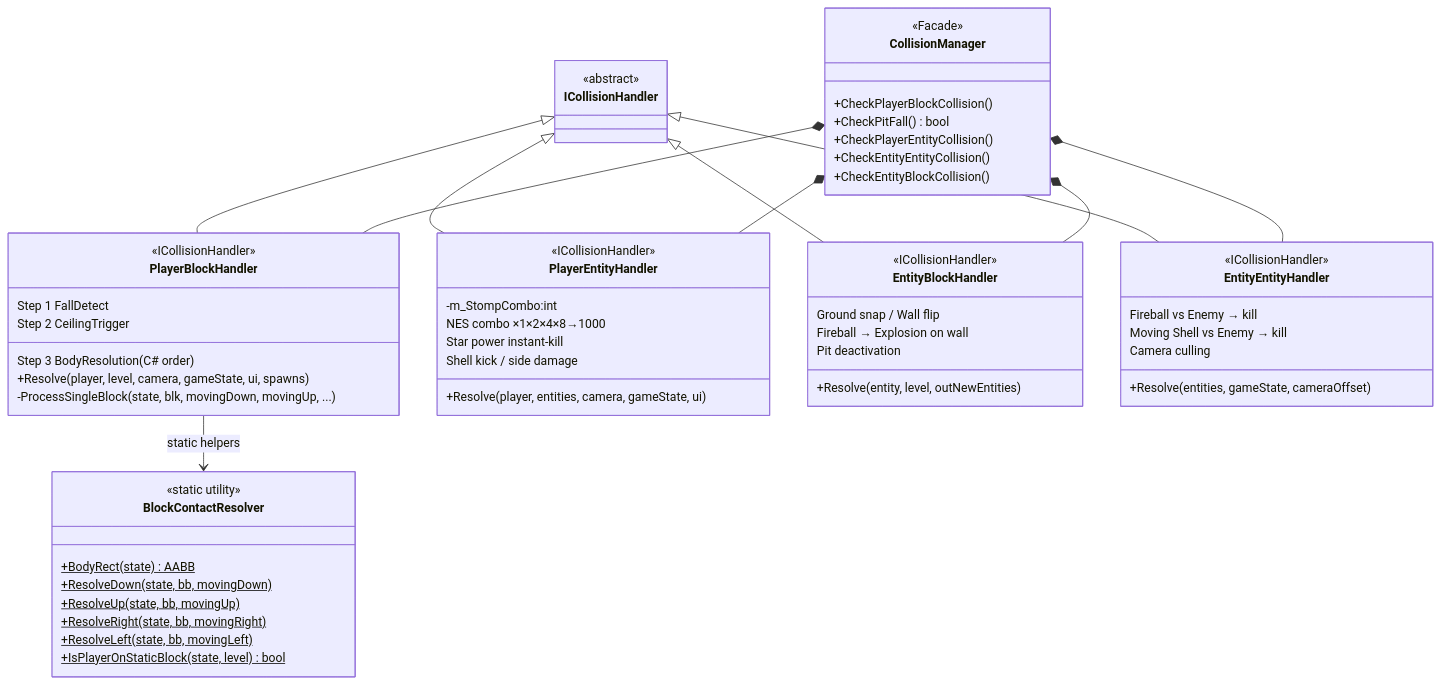
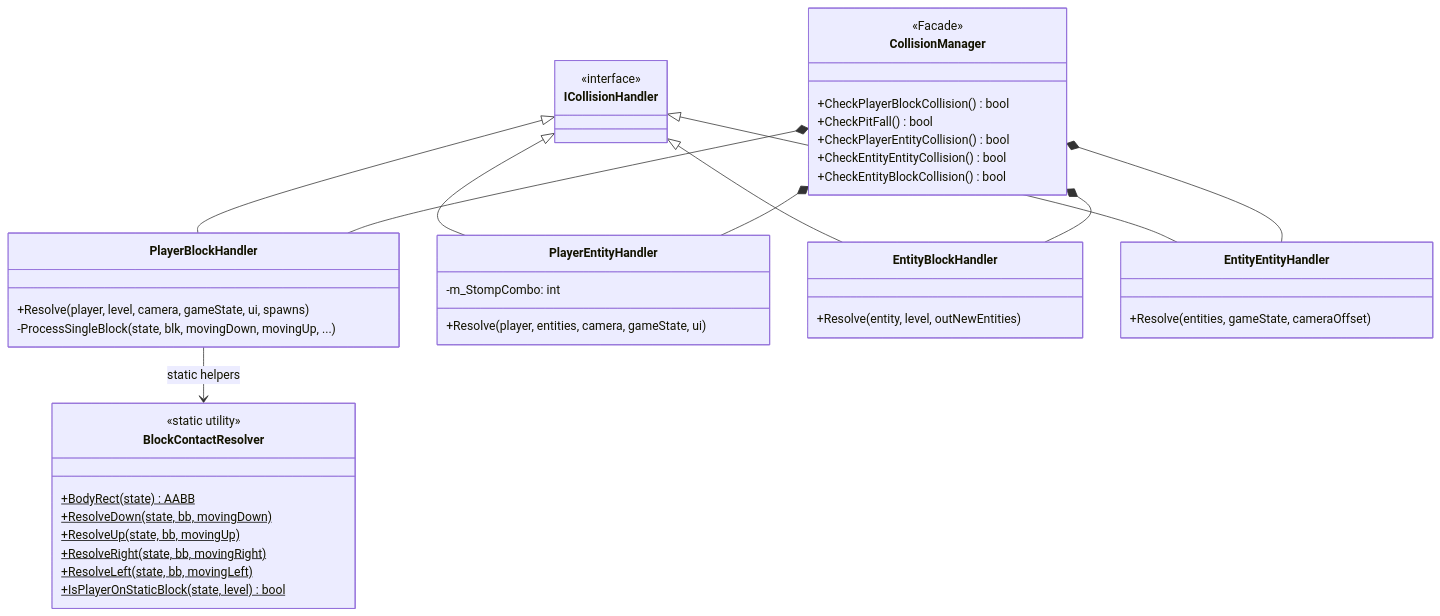
Before and after one commit to Andy87877/NTUT_OOPL_mario: the fifth of 23 diagrams in Constructure.md, drawn with Mermaid. The commit also changed other lines of this file, not shown here.

````diff
--- a/Constructure.md
+++ b/Constructure.md
@@ -395,70 +399,56 @@
 ```mermaid
 classDiagram
     direction TB
 
-    class ICollisionHandler { <<abstract>> }
+    class ICollisionHandler {
+        <<interface>>
+    }
 
     class BlockContactResolver {
         <<static utility>>
         +BodyRect(state)$ AABB
         +ResolveDown(state, bb, movingDown)$
         +ResolveUp(state, bb, movingUp)$
         +ResolveRight(state, bb, movingRight)$
         +ResolveLeft(state, bb, movingLeft)$
         +IsPlayerOnStaticBlock(state, level)$ bool
     }
 
     class PlayerBlockHandler {
-        <<ICollisionHandler>>
-        Step 1 FallDetect
-        Step 2 CeilingTrigger
-        Step 3 BodyResolution (C# order)
         +Resolve(player, level, camera, gameState, ui, spawns)
         -ProcessSingleBlock(state, blk, movingDown, movingUp, ...)
     }
 
     class PlayerEntityHandler {
-        <<ICollisionHandler>>
-        -m_StompCombo:int
-        NES combo ×1×2×4×8→1000
-        Star power instant-kill
-        Shell kick / side damage
+        -m_StompCombo: int
         +Resolve(player, entities, camera, gameState, ui)
     }
 
     class EntityBlockHandler {
-        <<ICollisionHandler>>
-        Ground snap / Wall flip
-        Fireball → Explosion on wall
-        Pit deactivation
         +Resolve(entity, level, outNewEntities)
     }
 
     class EntityEntityHandler {
-        <<ICollisionHandler>>
-        Fireball vs Enemy → kill
-        Moving Shell vs Enemy → kill
-        Camera culling
         +Resolve(entities, gameState, cameraOffset)
     }
 
     class CollisionManager {
         <<Facade>>
-        +CheckPlayerBlockCollision()
+        +CheckPlayerBlockCollision() bool
         +CheckPitFall() bool
-        +CheckPlayerEntityCollision()
-        +CheckEntityEntityCollision()
-        +CheckEntityBlockCollision()
+        +CheckPlayerEntityCollision() bool
+        +CheckEntityEntityCollision() bool
+        +CheckEntityBlockCollision() bool
     }
 
     ICollisionHandler <|-- PlayerBlockHandler
     ICollisionHandler <|-- PlayerEntityHandler
     ICollisionHandler <|-- EntityBlockHandler
     ICollisionHandler <|-- EntityEntityHandler
 
     PlayerBlockHandler --> BlockContactResolver : static helpers
     CollisionManager *-- PlayerBlockHandler
     CollisionManager *-- PlayerEntityHandler
     CollisionManager *-- EntityBlockHandler
     CollisionManager *-- EntityEntityHandler
 ```
````
